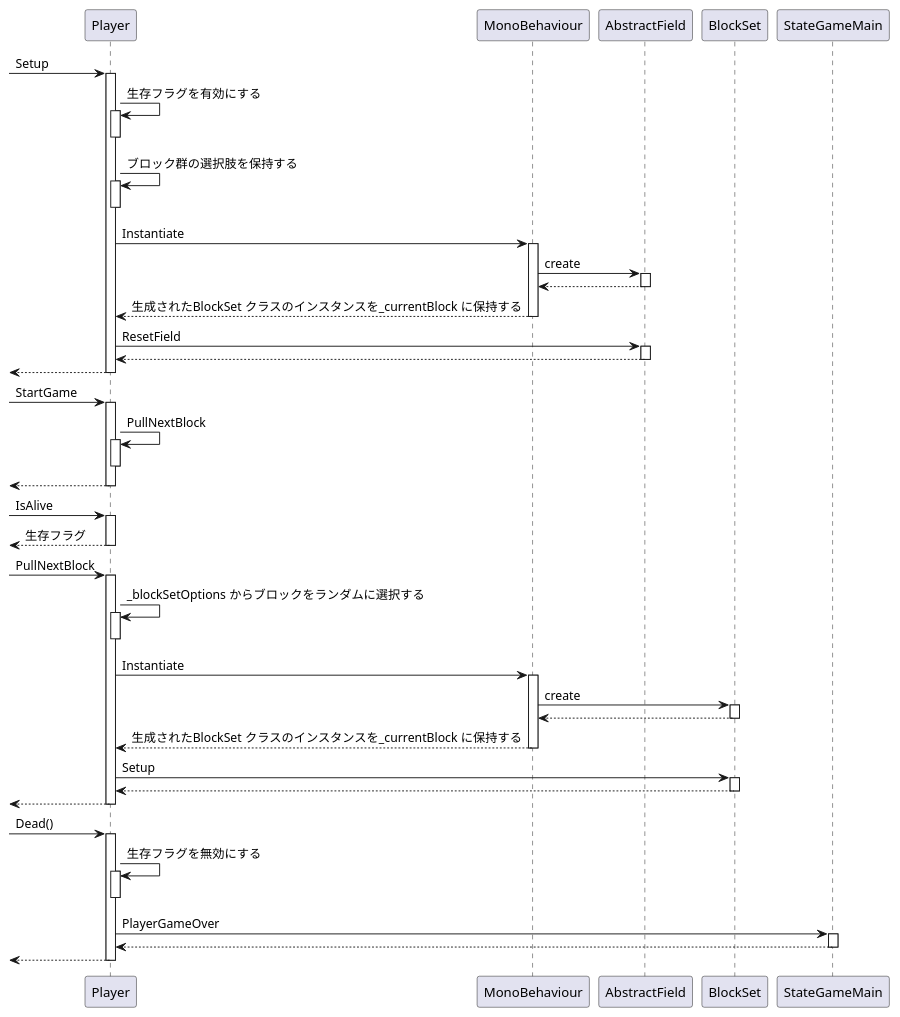
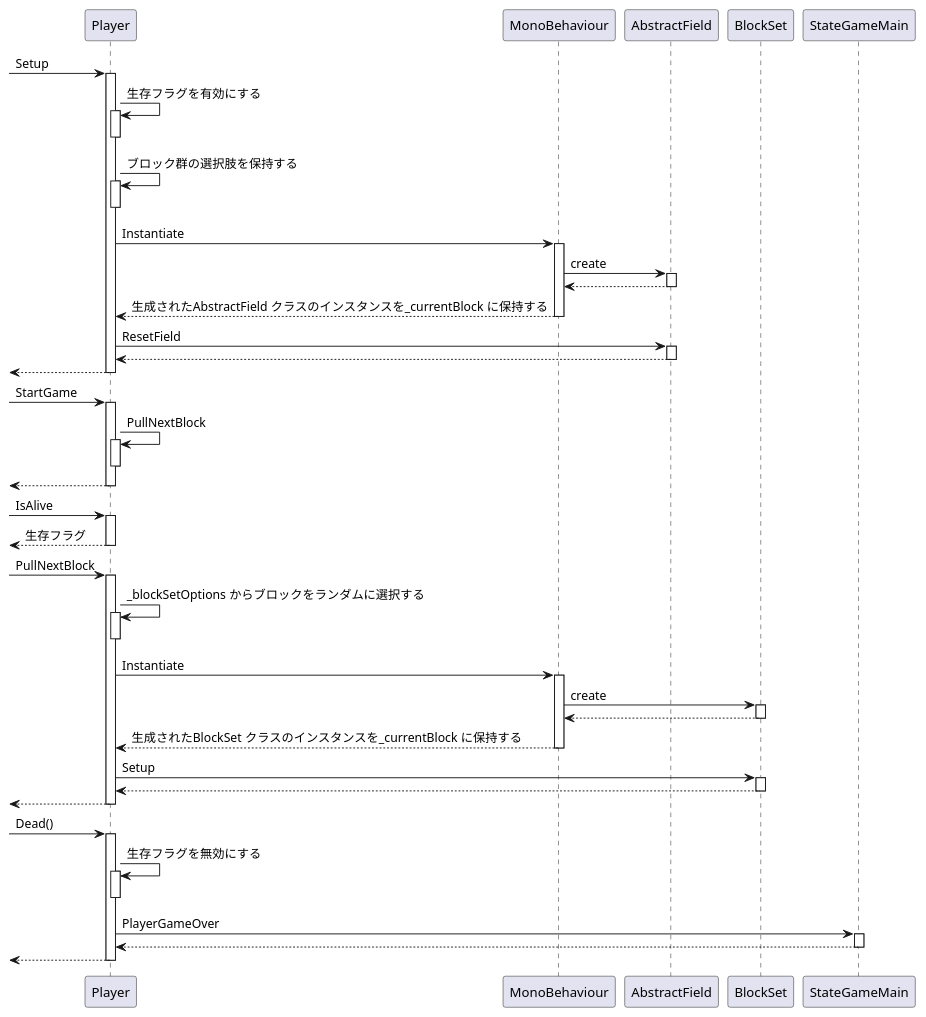
The diagram in Documents/PlantUML/SQD_Player.pu (azarashin/UnityTetris), drawn with PlantUML before and after one commit.

Commit message:
シーケンス図の表記ミスを修正。

```diff
--- a/Documents/PlantUML/SQD_Player.pu
+++ b/Documents/PlantUML/SQD_Player.pu
@@ -1,73 +1,73 @@
 @startuml
 
 [-> Player : Setup
 activate Player
     Player -> Player : 生存フラグを有効にする
     activate Player
     deactivate Player
     Player -> Player : ブロック群の選択肢を保持する
     activate Player
     deactivate Player
     Player -> MonoBehaviour : Instantiate
     activate MonoBehaviour
         MonoBehaviour -> AbstractField : create
         activate AbstractField
             MonoBehaviour <-- AbstractField
         deactivate AbstractField
-        Player <-- MonoBehaviour : 生成されたBlockSet クラスのインスタンスを_currentBlock に保持する
+        Player <-- MonoBehaviour : 生成されたAbstractField クラスのインスタンスを_currentBlock に保持する
     deactivate MonoBehaviour
     Player -> AbstractField : ResetField
     activate AbstractField
         Player <-- AbstractField
     deactivate AbstractField
     [<-- Player
 deactivate Player
 
 [-> Player : StartGame
 activate Player
     Player -> Player : PullNextBlock
     activate Player
     deactivate Player
     [<-- Player
 deactivate Player
 
 [-> Player : IsAlive
 activate Player
     [<-- Player : 生存フラグ
 deactivate Player
 
 
 [-> Player : PullNextBlock
 activate Player
     Player -> Player : _blockSetOptions からブロックをランダムに選択する
     activate Player
     deactivate Player
     Player -> MonoBehaviour : Instantiate
     activate MonoBehaviour
         MonoBehaviour -> BlockSet : create
         activate BlockSet
             MonoBehaviour <-- BlockSet
         deactivate BlockSet
         Player <-- MonoBehaviour : 生成されたBlockSet クラスのインスタンスを_currentBlock に保持する
     deactivate MonoBehaviour
     Player -> BlockSet : Setup
     activate BlockSet
         Player <-- BlockSet
     deactivate BlockSet
     [<-- Player
 deactivate Player
 
 [-> Player : Dead()
 activate Player
     Player -> Player : 生存フラグを無効にする
     activate Player
     deactivate Player
     Player -> StateGameMain : PlayerGameOver
     activate StateGameMain
         Player <-- StateGameMain
     deactivate StateGameMain
     [<-- Player
 deactivate Player
 
 
 @enduml
```
